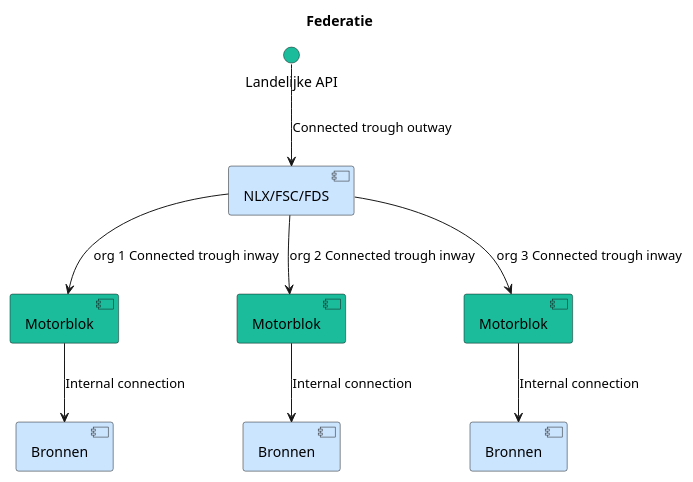
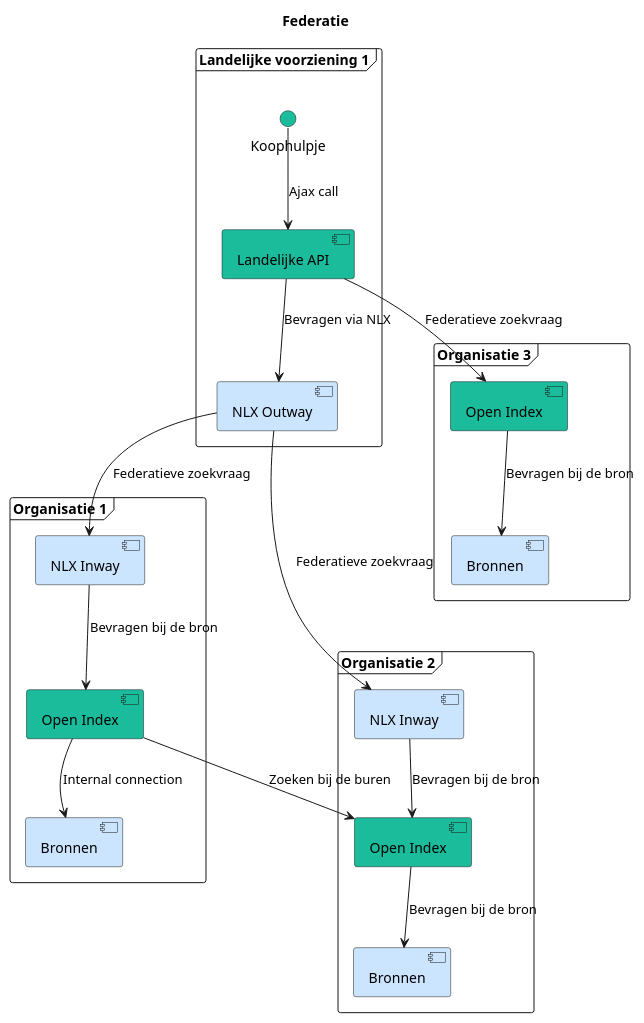
One commit to ConductionNL/woo-website-template changed the diagram in docs/Federatie.puml. Above: the diagram before and after it, drawn with PlantUML. The commit also changed 1 other file, not shown here.

```diff
--- a/docs/Federatie.puml
+++ b/docs/Federatie.puml
@@ -1,25 +1,41 @@
 @startuml
 title Federatie
 
-' User Interface Component
-interface "Landelijke API" as Api #1abc9c
 
-' Backend Components
-component "NLX/FSC/FDS" as NLX #cce5ff
-component "Motorblok" as Org1 #1abc9c
-component "Motorblok" as Org2 #1abc9c
-component "Motorblok" as Org3 #1abc9c
-component "Bronnen" as BronnenOrg1 #cce5ff
-component "Bronnen" as BronnenOrg2 #cce5ff
-component "Bronnen" as BronnenOrg3 #cce5ff
+frame "Landelijke voorziening 1" {
+    interface "Koophulpje" as KOOP #1abc9c
+    component "Landelijke API" as Api #1abc9c
+    component "NLX Outway" as NLX #cce5ff
+}
+
+frame "Organisatie 1" {
+    component "NLX Inway" as Org1 #cce5ff
+    component "Open Index" as OI1 #1abc9c
+    component "Bronnen" as BronnenOrg1 #cce5ff
+}
+
+frame "Organisatie 2" {
+    component "NLX Inway" as Org2 #cce5ff
+    component "Open Index" as OI2 #1abc9c
+    component "Bronnen" as BronnenOrg2 #cce5ff
+}
+
+frame "Organisatie 3" {
+    component "Open Index" as OI3 #1abc9c
+    component "Bronnen" as BronnenOrg3 #cce5ff
+}
 
 ' Relationships
-Api -down-> NLX : Connected trough outway
-NLX -down-> Org1 : org 1 Connected trough inway
-NLX -down-> Org2 : org 2 Connected trough inway
-NLX -down-> Org3 : org 3 Connected trough inway
-Org1 -down-> BronnenOrg1 : Internal connection
-Org2 -down-> BronnenOrg2 : Internal connection
-Org3 -down-> BronnenOrg3 : Internal connection
+KOOP -down-> Api : Ajax call
+Api -down-> NLX : Bevragen via NLX
 
+Api -down-> OI3 : Federatieve zoekvraag
+NLX -down-> Org1 : Federatieve zoekvraag
+NLX -down-> Org2 : Federatieve zoekvraag
+Org1 -down-> OI1 : Bevragen bij de bron
+Org2 -down-> OI2  : Bevragen bij de bron
+OI1 -down-> BronnenOrg1 : Internal connection
+OI1 --> OI2: Zoeken bij de buren
+OI2 -down-> BronnenOrg2 : Bevragen bij de bron
+OI3  -down-> BronnenOrg3 : Bevragen bij de bron
 @enduml
```
